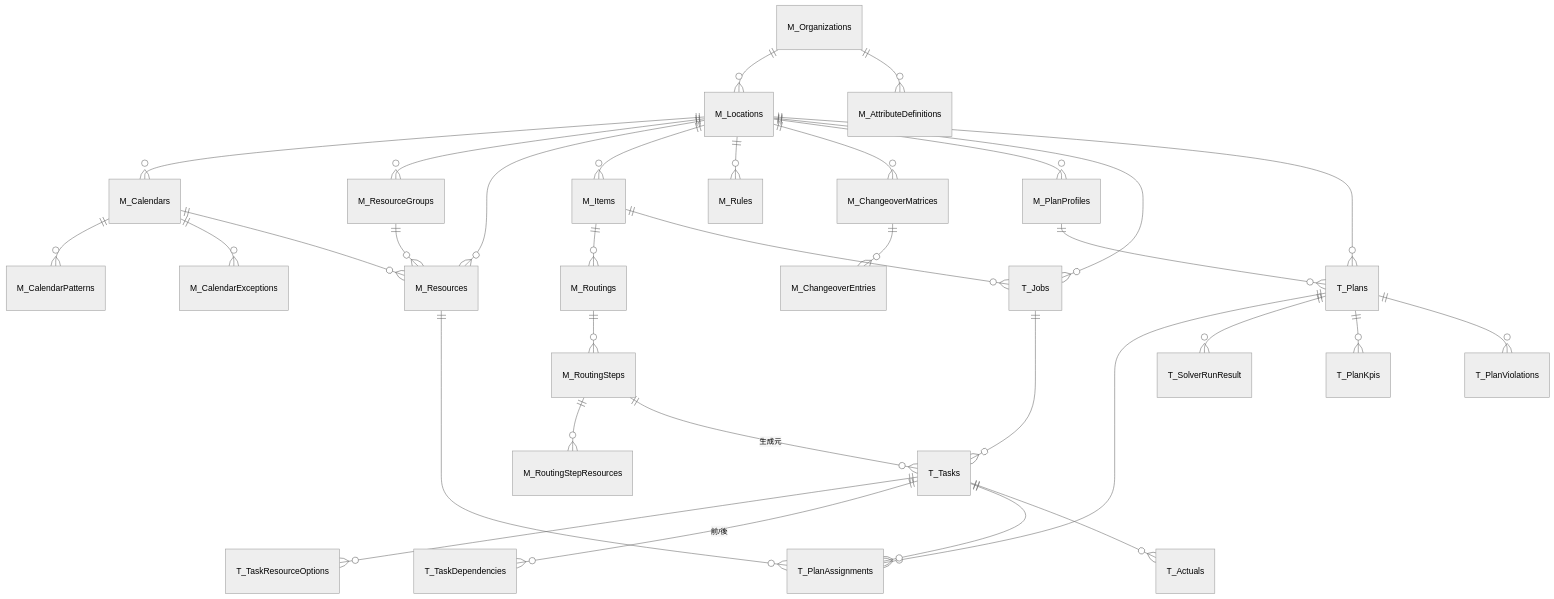
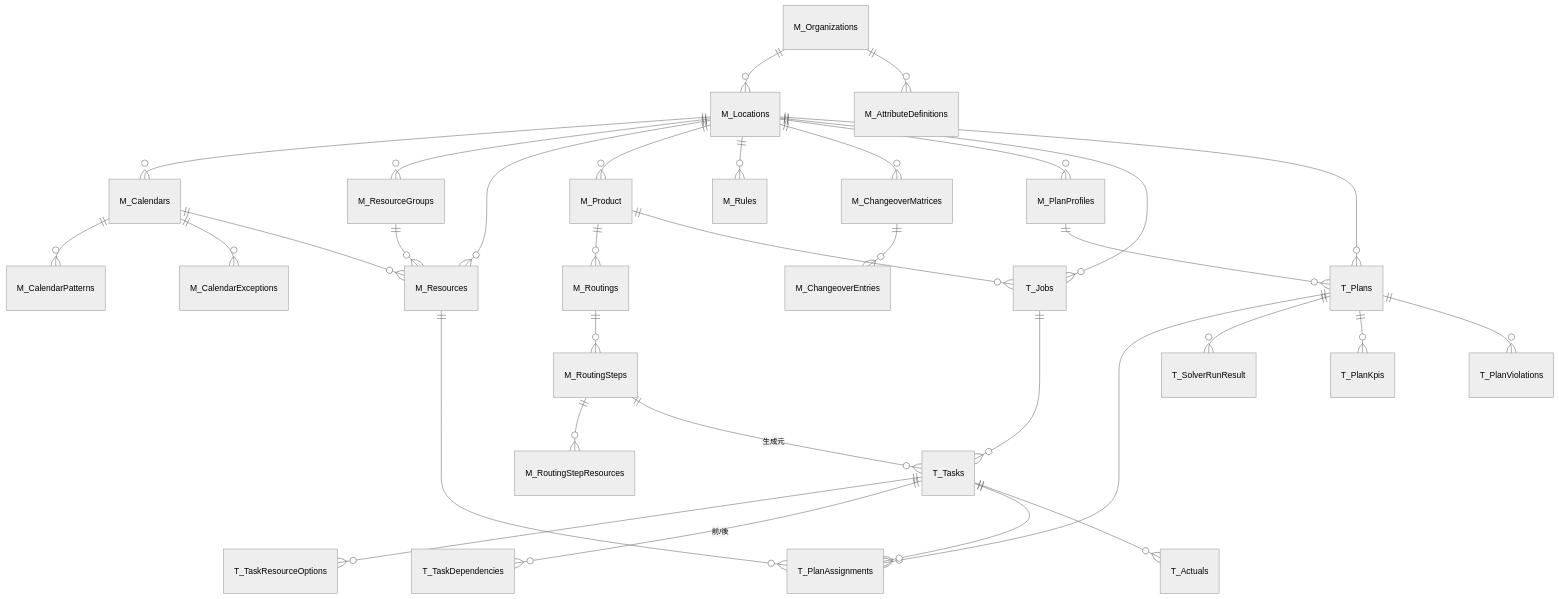
The fourth of 4 diagrams in docs/SYSTEM_OVERVIEW.md (tds-dev/TONOPS-SCH-backend), drawn with Mermaid (neutral theme) before and after one commit. The commit also changed other lines of this file and 26 other files, not shown here.

````diff
--- a/docs/SYSTEM_OVERVIEW.md
+++ b/docs/SYSTEM_OVERVIEW.md
@@ -278,35 +278,35 @@
 ```mermaid
 erDiagram
   M_Organizations ||--o{ M_Locations : ""
   M_Organizations ||--o{ M_AttributeDefinitions : ""
   M_Locations ||--o{ M_Calendars : ""
   M_Calendars ||--o{ M_CalendarPatterns : ""
   M_Calendars ||--o{ M_CalendarExceptions : ""
   M_Locations ||--o{ M_ResourceGroups : ""
   M_Locations ||--o{ M_Resources : ""
   M_ResourceGroups ||--o{ M_Resources : ""
   M_Calendars ||--o{ M_Resources : ""
-  M_Locations ||--o{ M_Items : ""
-  M_Items ||--o{ M_Routings : ""
+  M_Locations ||--o{ M_Product : ""
+  M_Product ||--o{ M_Routings : ""
   M_Routings ||--o{ M_RoutingSteps : ""
   M_RoutingSteps ||--o{ M_RoutingStepResources : ""
   M_Locations ||--o{ M_Rules : ""
   M_Locations ||--o{ M_ChangeoverMatrices : ""
   M_ChangeoverMatrices ||--o{ M_ChangeoverEntries : ""
   M_Locations ||--o{ M_PlanProfiles : ""
   M_Locations ||--o{ T_Jobs : ""
-  M_Items ||--o{ T_Jobs : ""
+  M_Product ||--o{ T_Jobs : ""
   T_Jobs ||--o{ T_Tasks : ""
   M_RoutingSteps ||--o{ T_Tasks : "生成元"
   T_Tasks ||--o{ T_TaskResourceOptions : ""
   T_Tasks ||--o{ T_TaskDependencies : "前/後"
   M_Locations ||--o{ T_Plans : ""
   M_PlanProfiles ||--o{ T_Plans : ""
   T_Plans ||--o{ T_PlanAssignments : ""
   T_Tasks ||--o{ T_PlanAssignments : ""
   M_Resources ||--o{ T_PlanAssignments : ""
   T_Plans ||--o{ T_SolverRunResult : ""
   T_Plans ||--o{ T_PlanKpis : ""
   T_Plans ||--o{ T_PlanViolations : ""
   T_Tasks ||--o{ T_Actuals : ""
 ```
````
